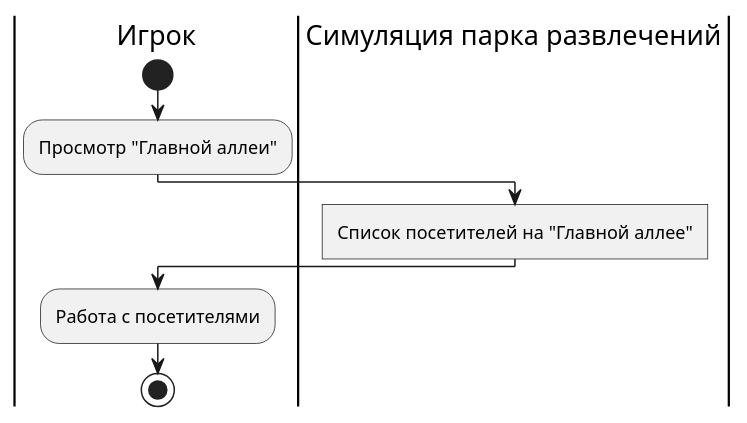
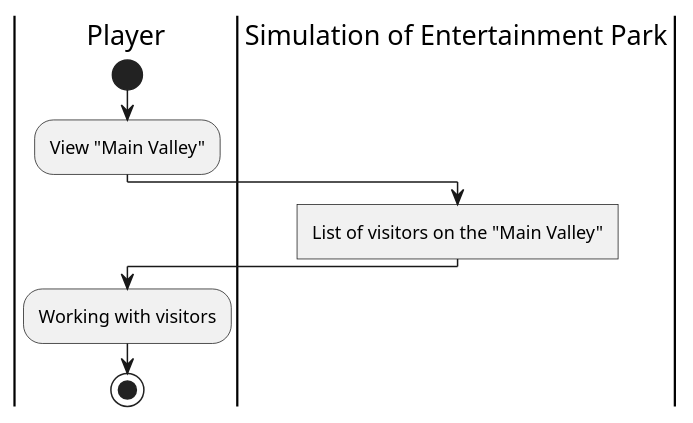
Before and after one commit to mzhirko/amusement-park: the diagram in description/diagrams/diagrams-en/activity/view-valley-activity-diagram.wsd, drawn with PlantUML. The commit also changed 25 other files, not shown here.

Commit message:
Translate activity diagrams + render imgs

```diff
--- a/description/diagrams/diagrams-en/activity/view-valley-activity-diagram.wsd
+++ b/description/diagrams/diagrams-en/activity/view-valley-activity-diagram.wsd
@@ -1,11 +1,11 @@
 @startuml view-valley-activity-diagram
 skinparam ConditionEndStyle hline
-|Игрок|
+|Player|
 start
-:Просмотр "Главной аллеи";
-|Симуляция парка развлечений|
-:Список посетителей на "Главной аллее"]
-|Игрок|
-:Работа с посетителями;
+:View "Main Valley";
+|Simulation of Entertainment Park|
+:List of visitors on the "Main Valley"]
+|Player|
+:Working with visitors;
 stop
 @enduml
```
